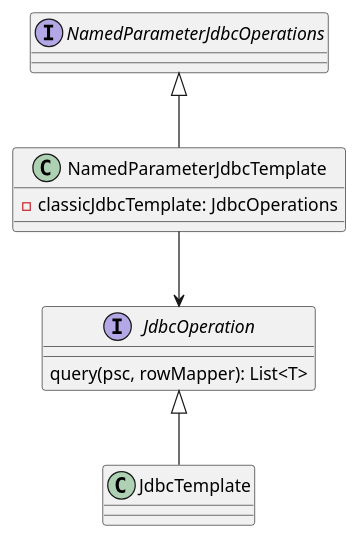
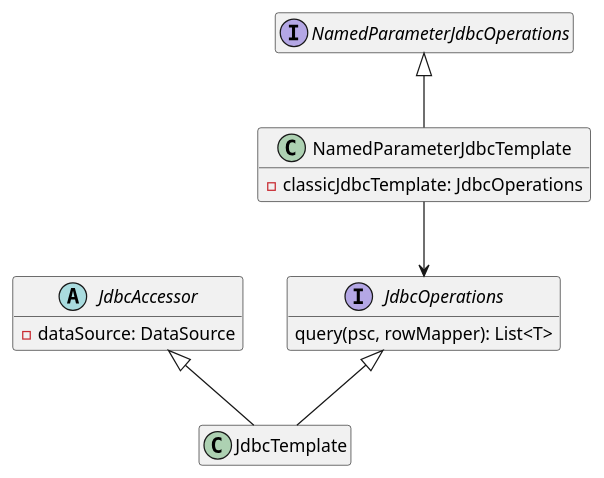
The first of 2 diagrams in spring-framework/jdbc/README.adoc (wicksome/TIL), drawn with PlantUML before and after one commit. The commit also changed other lines of this file, not shown here.

```diff
--- a/spring-framework/jdbc/README.adoc
+++ b/spring-framework/jdbc/README.adoc
@@ -179,22 +179,28 @@
 [plantuml]
 ....
 @startuml
+hide empty field
+hide empty method
 
-interface JdbcOperation {
+interface JdbcOperations {
   query(psc, rowMapper): List<T>
 }
 class JdbcTemplate
 
 interface NamedParameterJdbcOperations
 class NamedParameterJdbcTemplate {
   -classicJdbcTemplate: JdbcOperations
 }
 
+abstract class JdbcAccessor {
+  -dataSource: DataSource
+}
 
-JdbcOperation <|-- JdbcTemplate
+JdbcOperations <|-- JdbcTemplate
+JdbcAccessor <|-- JdbcTemplate
 NamedParameterJdbcOperations <|-- NamedParameterJdbcTemplate
 
-NamedParameterJdbcTemplate --> JdbcOperation
+NamedParameterJdbcTemplate --> JdbcOperations
 
 @enduml
 ....
```
